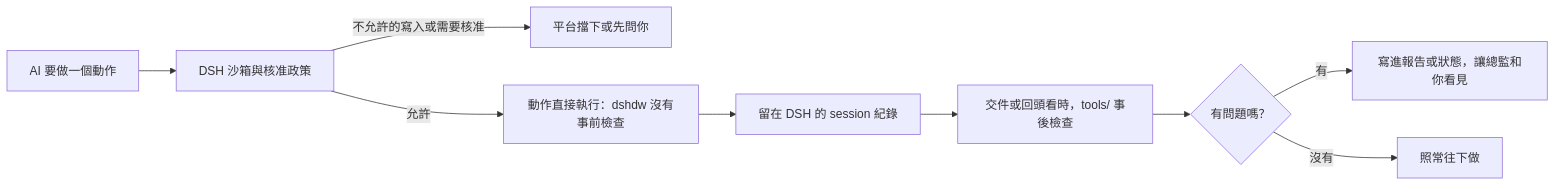
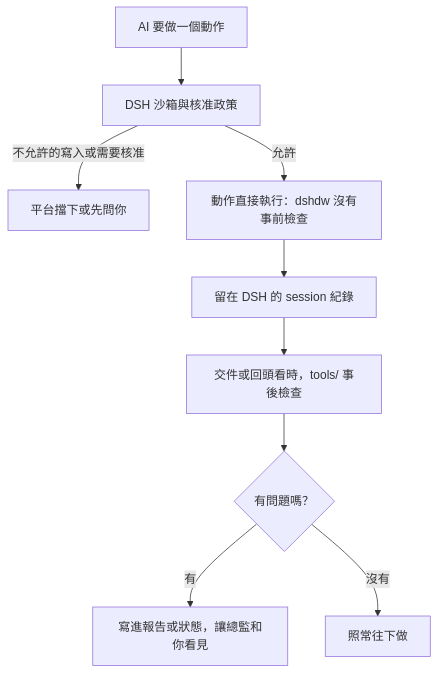
The third of 13 diagrams in README.md (scottpuppylu/DIRECTOR-WORK-DeepSeek), drawn with Mermaid before and after one commit. The commit also changed other lines of this file and 31 other files, not shown here.

````diff
--- a/README.md
+++ b/README.md
@@ -135,11 +135,11 @@
 ```mermaid
-flowchart LR
+flowchart TD
     A["AI 要做一個動作"] --> B["DSH 沙箱與核准政策"]
     B -->|"不允許的寫入或需要核准"| X["平台擋下或先問你"]
     B -->|"允許"| C["動作直接執行：dshdw 沒有事前檢查"]
     C --> D["留在 DSH 的 session 紀錄"]
     D --> E["交件或回頭看時，tools/ 事後檢查"]
     E --> F{"有問題嗎？"}
     F -->|"有"| G["寫進報告或狀態，讓總監和你看見"]
     F -->|"沒有"| H["照常往下做"]
 ```
````
